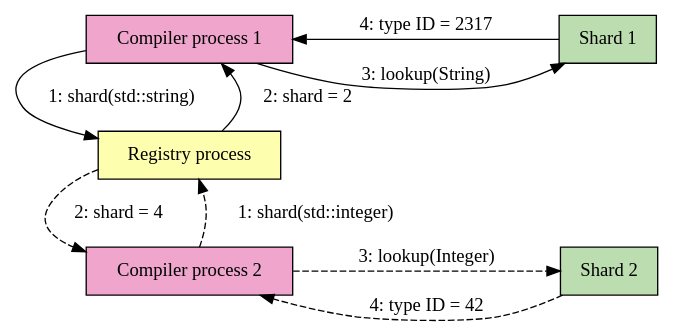
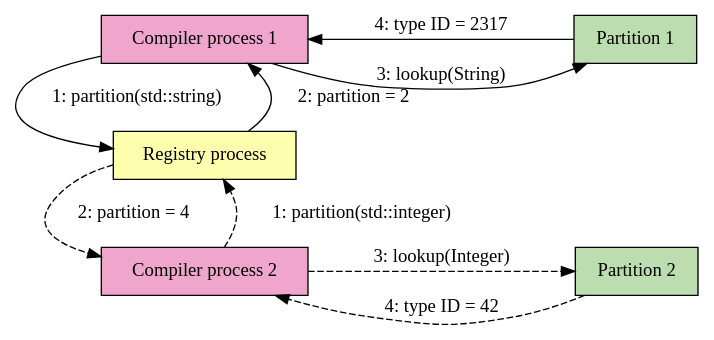
One commit to inko-lang/website changed the diagram in source/images/september-2019-progress-report/parallel.dot. Above: the diagram before and after it, drawn with Graphviz. The commit also changed 4 other files, not shown here.

First line of the commit message:
Replace "shard" with "partition"

```diff
--- a/source/images/september-2019-progress-report/parallel.dot
+++ b/source/images/september-2019-progress-report/parallel.dot
@@ -1,28 +1,28 @@
 digraph Flow {
     node[shape=box]
     graph[nodesep=1]
 
     "Compiler process 1"[fillcolor="#EFA5CC" style=filled]
     "Compiler process 2"[fillcolor="#EFA5CC" style=filled]
-    "Shard 1"[fillcolor="#BCDDAF" style=filled]
-    "Shard 2"[fillcolor="#BCDDAF" style=filled]
+    "Partition 1"[fillcolor="#BCDDAF" style=filled]
+    "Partition 2"[fillcolor="#BCDDAF" style=filled]
     "Registry process"[fillcolor="#FDFFAF" style=filled]
 
     subgraph process_1 {
-        {rank=same "Compiler process 1" "Shard 1"}
+        {rank=same "Compiler process 1" "Partition 1"}
 
-        "Compiler process 1" -> "Registry process"[label=" 1: shard(std::string)"]
-        "Registry process" -> "Compiler process 1"[label="  2: shard = 2"]
-        "Compiler process 1" -> "Shard 1"[label="\n3: lookup(String)"]
-        "Shard 1" -> "Compiler process 1"[label="4: type ID = 2317"]
+        "Compiler process 1" -> "Registry process"[label=" 1: partition(std::string)"]
+        "Registry process" -> "Compiler process 1"[label="  2: partition = 2"]
+        "Compiler process 1" -> "Partition 1"[label="\n3: lookup(String)"]
+        "Partition 1" -> "Compiler process 1"[label="4: type ID = 2317"]
     }
 
     subgraph process_2 {
-        {rank=same "Compiler process 2" "Shard 2"}
+        {rank=same "Compiler process 2" "Partition 2"}
 
-        "Compiler process 2" -> "Registry process"[label="  1: shard(std::integer)" style=dashed]
-        "Registry process" -> "Compiler process 2"[label="  2: shard = 4" style=dashed]
-        "Compiler process 2" -> "Shard 2"[label="3: lookup(Integer)" style=dashed]
-        "Shard 2" -> "Compiler process 2"[label="\n4: type ID = 42" style=dashed]
+        "Compiler process 2" -> "Registry process"[label="  1: partition(std::integer)" style=dashed]
+        "Registry process" -> "Compiler process 2"[label="  2: partition = 4" style=dashed]
+        "Compiler process 2" -> "Partition 2"[label="3: lookup(Integer)" style=dashed]
+        "Partition 2" -> "Compiler process 2"[label="\n4: type ID = 42" style=dashed]
     }
 }
```
